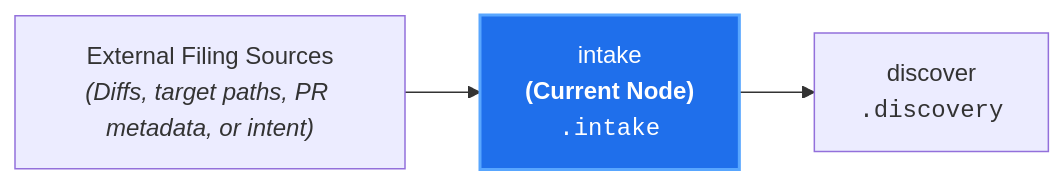
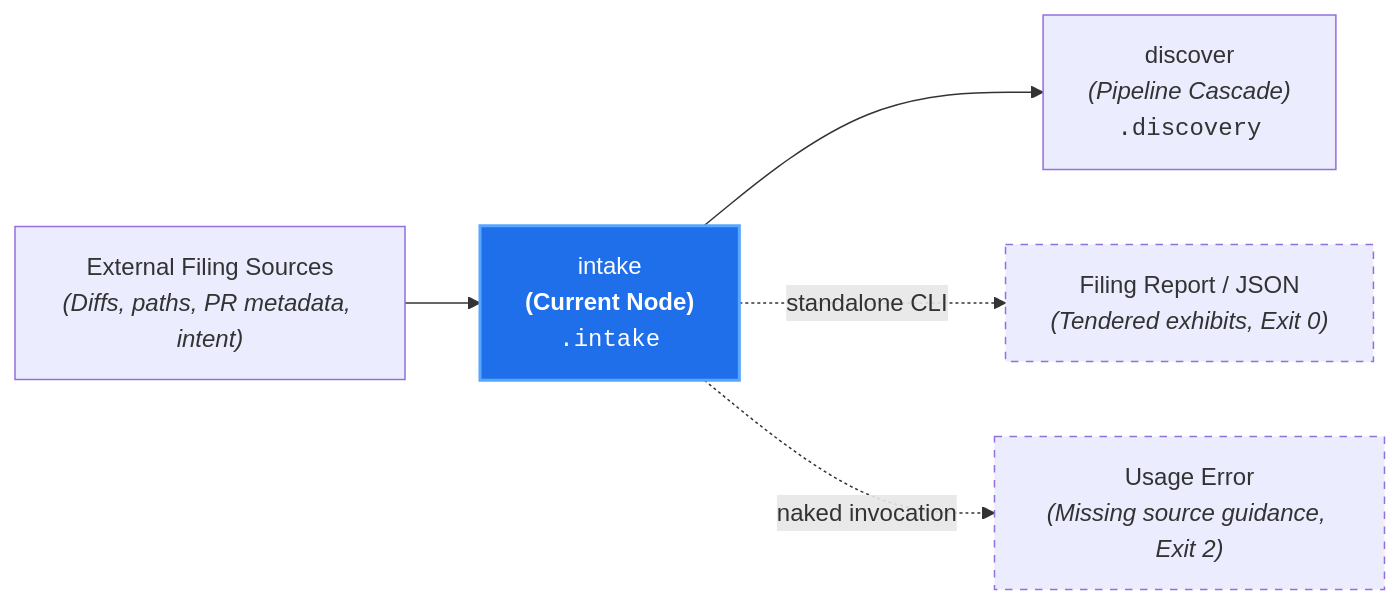
The diagram in docs/architecture/nodes/intake.md (PAIR-code/canon-clerk), drawn with Mermaid before and after one commit. The commit also changed 8 other files, not shown here.

Commit message:
docs(architecture): standardize localized node diagrams with standalone and exit paths

````diff
--- a/docs/architecture/nodes/intake.md
+++ b/docs/architecture/nodes/intake.md
@@ -21,7 +21,12 @@
 ```mermaid
 flowchart LR
-    Inputs["External Filing Sources<br/><i>(Diffs, target paths, PR metadata, or intent)</i>"] --> Intake["intake<br/><b>(Current Node)</b><br/><code>.intake</code>"]
-    Intake --> Discover["discover<br/><code>.discovery</code>"]
+    Inputs["External Filing Sources<br/><i>(Diffs, paths, PR metadata, intent)</i>"] --> Intake["intake<br/><b>(Current Node)</b><br/><code>.intake</code>"]
+
+    Intake --> Discover["discover<br/><i>(Pipeline Cascade)</i><br/><code>.discovery</code>"]
+    Intake -. "standalone CLI" .-> IntakeReport["Filing Report / JSON<br/><i>(Tendered exhibits, Exit 0)</i>"]
+    Intake -. "naked invocation" .-> UsageError["Usage Error<br/><i>(Missing source guidance, Exit 2)</i>"]
 
     style Intake fill:#1f6feb,stroke:#58a6ff,stroke-width:2px,color:#fff
+    style IntakeReport stroke-dasharray: 5 5
+    style UsageError stroke-dasharray: 5 5
 ```
````
